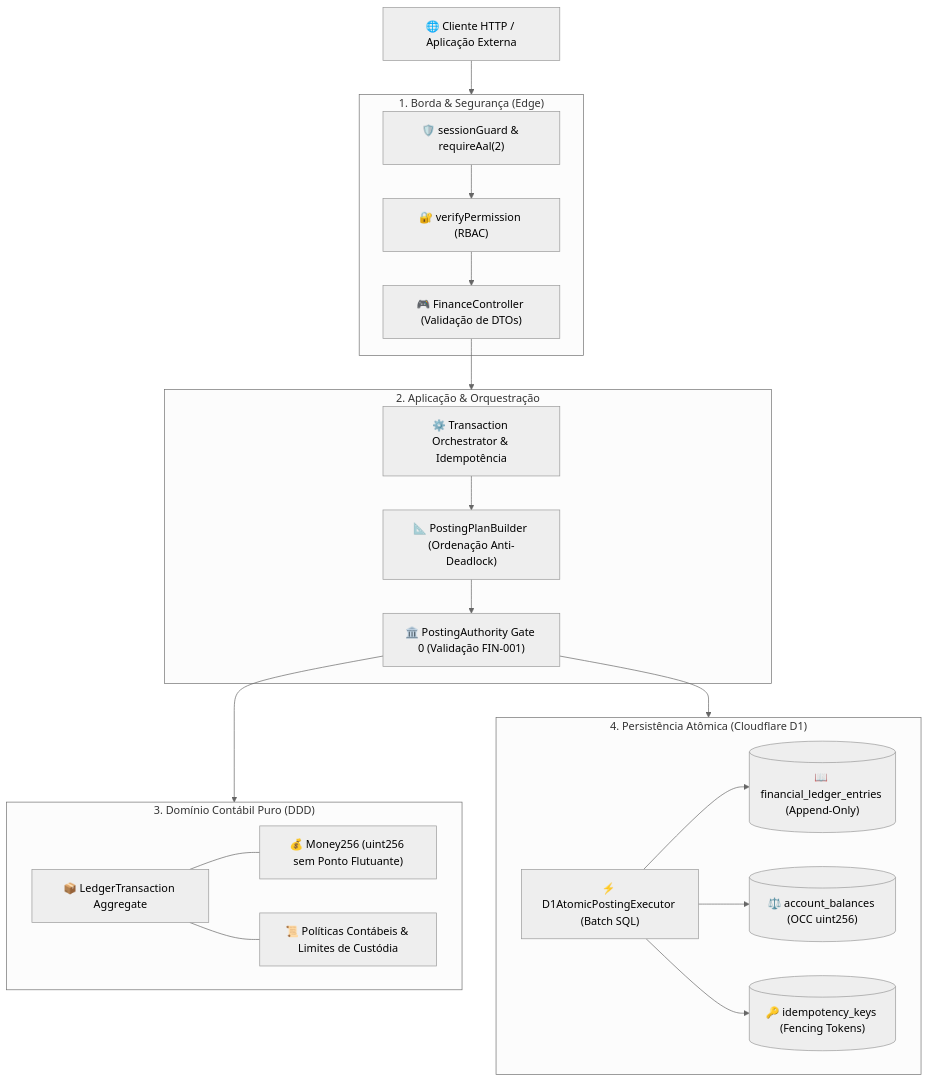
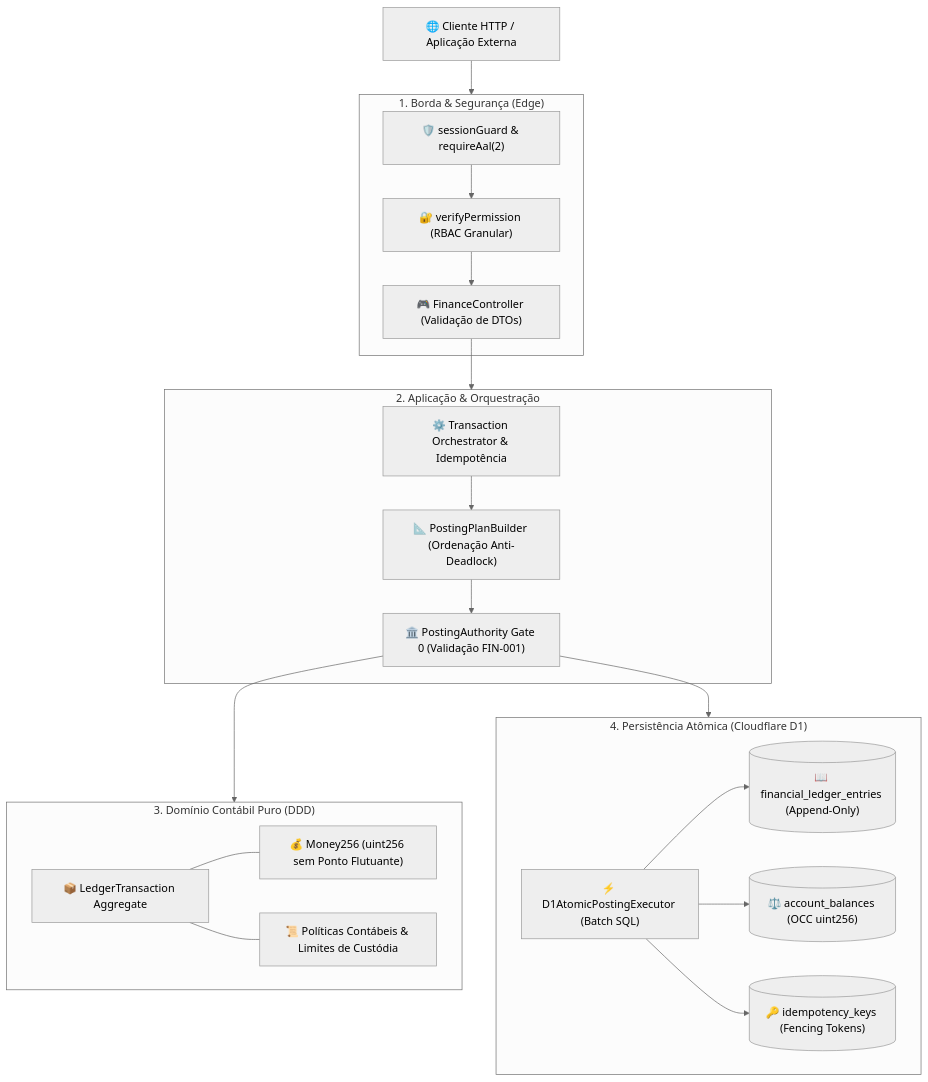
The diagram in docs/FINANCE_CORE_ARCHITECTURE_AUDIT_MAP.md (DIGITAL-WORLD-ECOSYSTEM/BACKEND), drawn with Mermaid (neutral theme) before and after one commit. The commit also changed other lines of this file, not shown here.

````diff
--- a/docs/FINANCE_CORE_ARCHITECTURE_AUDIT_MAP.md
+++ b/docs/FINANCE_CORE_ARCHITECTURE_AUDIT_MAP.md
@@ -20,41 +20,41 @@
 ```mermaid
 flowchart TD
     CLIENT["🌐 Cliente HTTP / Aplicação Externa"]
 
     subgraph INGRESS ["1. Borda & Segurança (Edge)"]
         AUTH["🛡️ sessionGuard & requireAal(2)"]
-        RBAC["🔐 verifyPermission (RBAC)"]
+        RBAC["🔐 verifyPermission (RBAC Granular)"]
         CTRL["🎮 FinanceController (Validação de DTOs)"]
         AUTH --> RBAC --> CTRL
     end
 
     subgraph APPLICATION ["2. Aplicação & Orquestração"]
         ORCH["⚙️ Transaction Orchestrator & Idempotência"]
         BUILDER["📐 PostingPlanBuilder (Ordenação Anti-Deadlock)"]
         GATE0["🏛️ PostingAuthority Gate 0 (Validação FIN-001)"]
         ORCH --> BUILDER --> GATE0
     end
 
     subgraph DOMAIN ["3. Domínio Contábil Puro (DDD)"]
         AGG["📦 LedgerTransaction Aggregate"]
         MONEY["💰 Money256 (uint256 sem Ponto Flutuante)"]
         POLICIES["📜 Políticas Contábeis & Limites de Custódia"]
         AGG --- MONEY
         AGG --- POLICIES
     end
 
     subgraph STORAGE ["4. Persistência Atômica (Cloudflare D1)"]
         EXEC["⚡ D1AtomicPostingExecutor (Batch SQL)"]
         LEDGER[("📖 financial_ledger_entries (Append-Only)")]
         BALANCES[("⚖️ account_balances (OCC uint256)")]
         IDEMP[("🔑 idempotency_keys (Fencing Tokens)")]
         EXEC --> LEDGER
         EXEC --> BALANCES
         EXEC --> IDEMP
     end
 
     CLIENT --> INGRESS
     CTRL --> APPLICATION
     GATE0 --> DOMAIN
     GATE0 --> STORAGE
 ```
````
